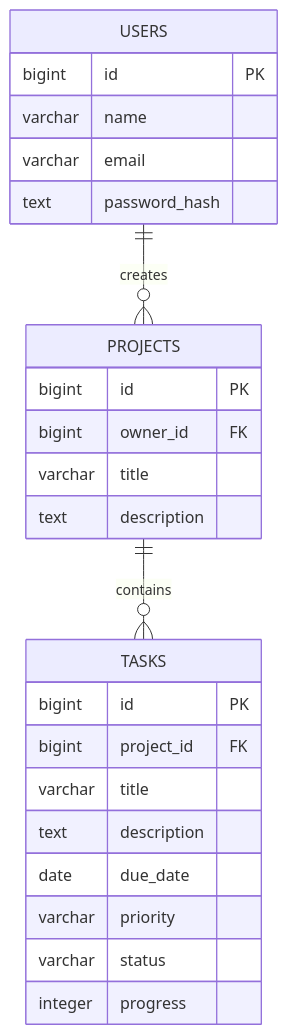
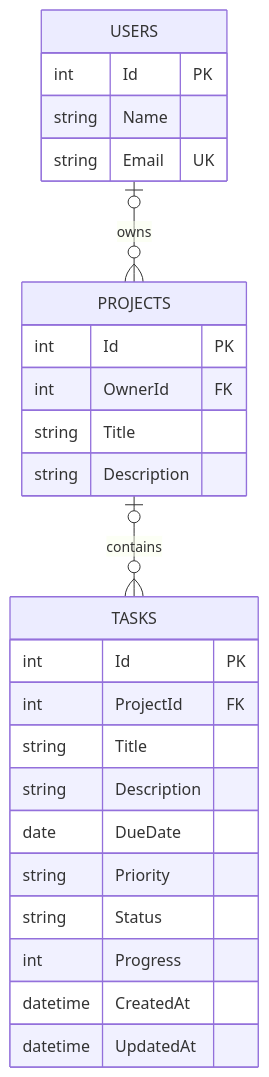
Before and after one commit to tgddwky49y-afk/diplom_project: the diagram in docs/database.md, drawn with Mermaid. The commit also changed other lines of this file and 44 other files, not shown here.

````diff
--- a/docs/database.md
+++ b/docs/database.md
@@ -5,30 +3,28 @@
 ```mermaid
 erDiagram
-  USERS ||--o{ PROJECTS : creates
-  PROJECTS ||--o{ TASKS : contains
-
-  USERS {
-    bigint id PK
-    varchar name
-    varchar email
-    text password_hash
-  }
-
-  PROJECTS {
-    bigint id PK
-    bigint owner_id FK
-    varchar title
-    text description
-  }
-
-  TASKS {
-    bigint id PK
-    bigint project_id FK
-    varchar title
-    text description
-    date due_date
-    varchar priority
-    varchar status
-    integer progress
-  }
+    USERS o|--o{ PROJECTS : owns
+    PROJECTS o|--o{ TASKS : contains
+    USERS {
+        int Id PK
+        string Name
+        string Email UK
+    }
+    PROJECTS {
+        int Id PK
+        int OwnerId FK
+        string Title
+        string Description
+    }
+    TASKS {
+        int Id PK
+        int ProjectId FK
+        string Title
+        string Description
+        date DueDate
+        string Priority
+        string Status
+        int Progress
+        datetime CreatedAt
+        datetime UpdatedAt
+    }
 ```
````
